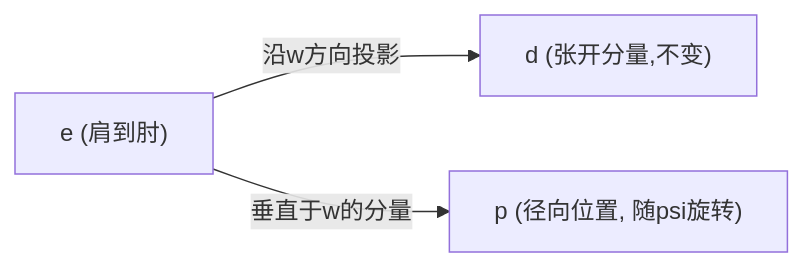
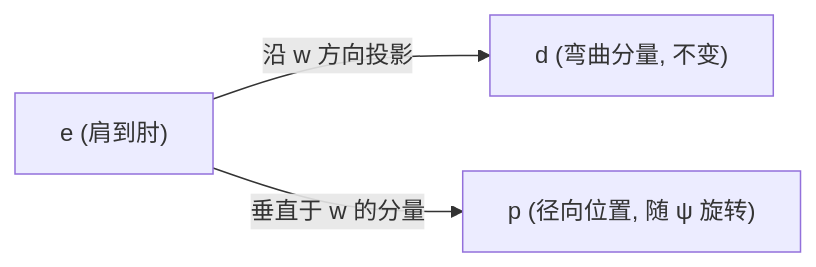
Before and after one commit to LufanM/WBC_from_scratch: the second of 2 diagrams in WBC_PRINCIPLES.md, drawn with Mermaid. The commit also changed other lines of this file and 37 other files, not shown here.

````diff
--- a/WBC_PRINCIPLES.md
+++ b/WBC_PRINCIPLES.md
@@ -996,5 +584,5 @@
 ```mermaid
 graph LR
-    e["e (肩到肘)"] -->|沿w方向投影| d["d (张开分量,不变)"]
-    e -->|垂直于w的分量| p["p (径向位置, 随psi旋转)"]
+    e["e (肩到肘)"] -->|沿 w 方向投影| d["d (弯曲分量, 不变)"]
+    e -->|垂直于 w 的分量| p["p (径向位置, 随 ψ 旋转)"]
 ```
````
